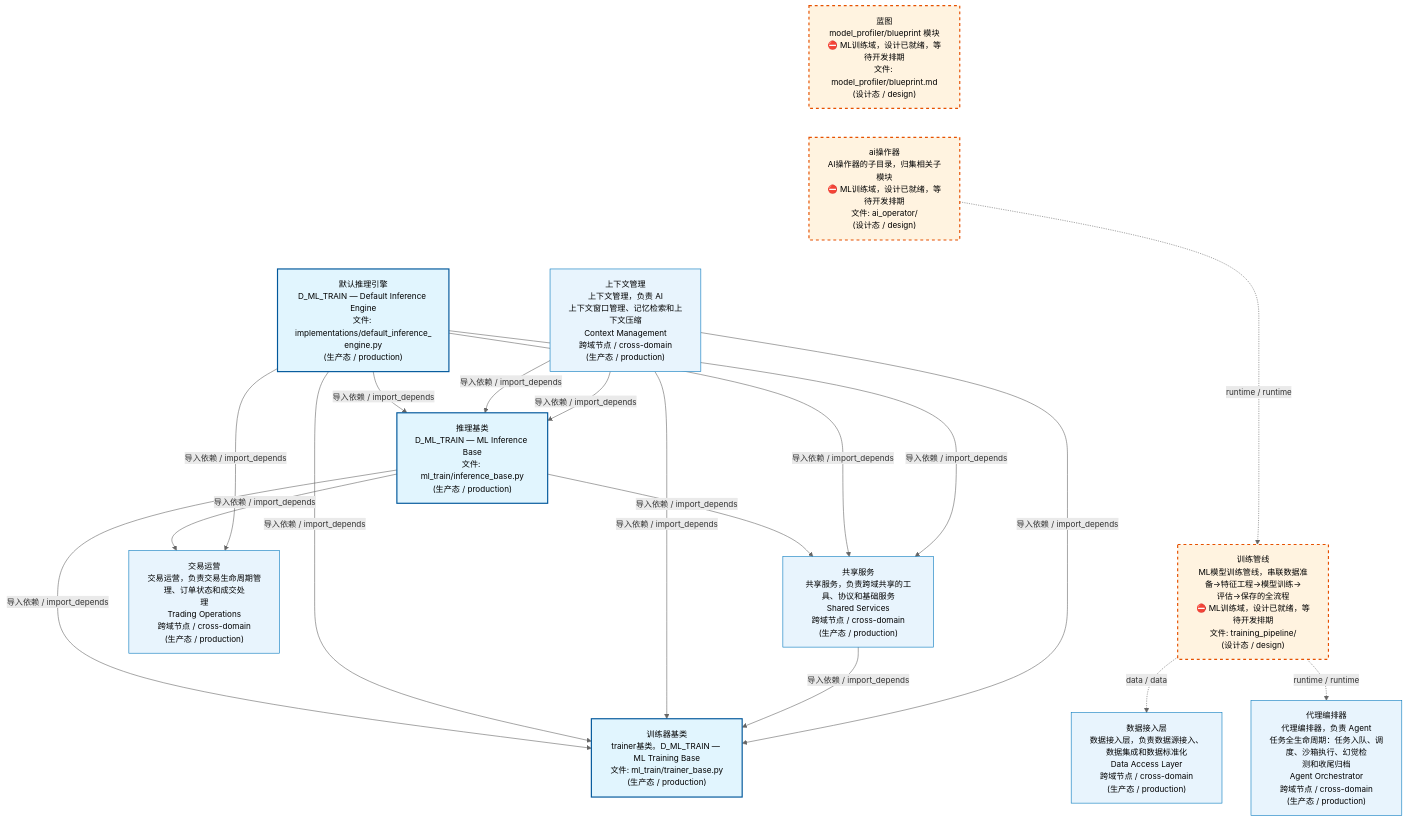
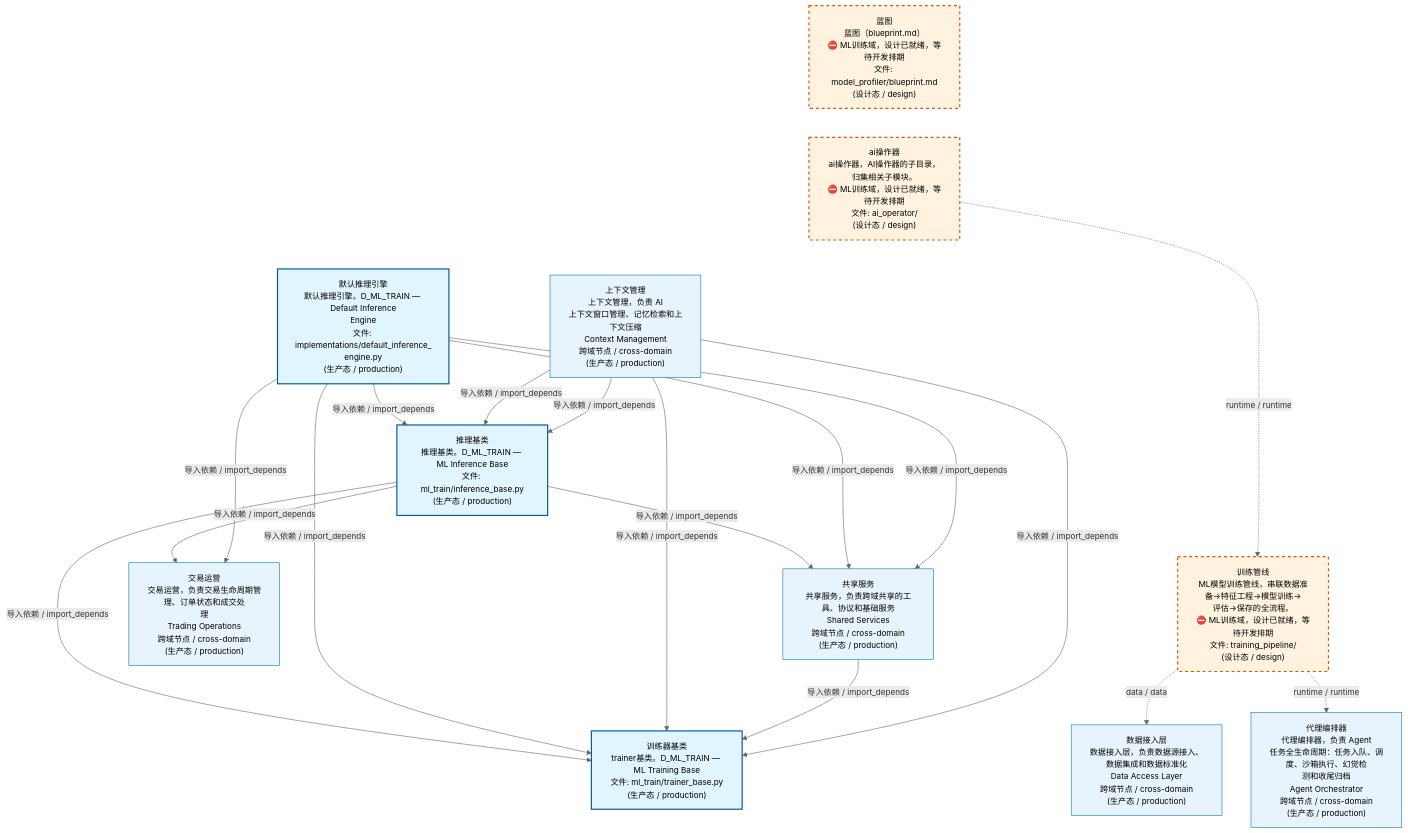
Before and after one commit to xuanFelixVan/ZephyrAlpha: the first of 4 diagrams in docs/02_enterprise_architecture/02_domain_architecture_docs/61_d_ml_train.md, drawn with Mermaid. The commit also changed other lines of this file and 61 other files, not shown here.

````diff
--- a/docs/02_enterprise_architecture/02_domain_architecture_docs/61_d_ml_train.md
+++ b/docs/02_enterprise_architecture/02_domain_architecture_docs/61_d_ml_train.md
@@ -53,41 +53,41 @@
 ```mermaid
 %%{init: {'theme': 'base', 'themeVariables': {'primaryColor': '#eaeaea', 'primaryTextColor': '#333333', 'primaryBorderColor': '#666666', 'lineColor': '#666666', 'secondaryColor': '#eaeaea', 'tertiaryColor': '#eaeaea', 'fontSize': '14px'}}}%%
 flowchart TD
-    docs_03_modules_cross_layer_model_profiler_blueprint_md["蓝图<br/>model_profiler/blueprint 模块<br/>⛔ ML训练域，设计已就绪，等待开发排期<br/>文件: model_profiler/blueprint.md<br/>(设计态 / design)"]
-    src_zephyr_ml_train_ai_operator["ai操作器<br/>AI操作器的子目录，归集相关子模块<br/>⛔ ML训练域，设计已就绪，等待开发排期<br/>文件: ai_operator/<br/>(设计态 / design)"]
-    src_zephyr_ml_train_implementations_default_inference_engine_py["默认推理引擎<br/>D_ML_TRAIN — Default Inference Engine<br/>文件: implementations/default_inference_<br/>engine.py<br/>(生产态 / production)"]
+    docs_03_modules_cross_layer_model_profiler_blueprint_md["蓝图<br/>蓝图（blueprint.md）<br/>⛔ ML训练域，设计已就绪，等待开发排期<br/>文件: model_profiler/blueprint.md<br/>(设计态 / design)"]
+    src_zephyr_ml_train_ai_operator["ai操作器<br/>ai操作器，AI操作器的子目录，归集相关子模块。<br/>⛔ ML训练域，设计已就绪，等待开发排期<br/>文件: ai_operator/<br/>(设计态 / design)"]
+    src_zephyr_ml_train_implementations_default_inference_engine_py["默认推理引擎<br/>默认推理引擎。D_ML_TRAIN — Default Inference<br/>Engine<br/>文件: implementations/default_inference_<br/>engine.py<br/>(生产态 / production)"]
     docs_03_modules_cross_layer_model_profiler_blueprint_md ~~~ src_zephyr_ml_train_ai_operator
     src_zephyr_ml_train_ai_operator ~~~ src_zephyr_ml_train_implementations_default_inference_engine_py
-    src_zephyr_ml_train_inference_base_py["推理基类<br/>D_ML_TRAIN — ML Inference Base<br/>文件: ml_train/inference_base.py<br/>(生产态 / production)"]
-    src_zephyr_ml_train_training_pipeline["训练管线<br/>ML模型训练管线，串联数据准备→特征工程→模型训练→<br/>评估→保存的全流程<br/>⛔ ML训练域，设计已就绪，等待开发排期<br/>文件: training_pipeline/<br/>(设计态 / design)"]
+    src_zephyr_ml_train_inference_base_py["推理基类<br/>推理基类。D_ML_TRAIN — ML Inference Base<br/>文件: ml_train/inference_base.py<br/>(生产态 / production)"]
+    src_zephyr_ml_train_training_pipeline["训练管线<br/>ML模型训练管线，串联数据准备→特征工程→模型训练→<br/>评估→保存的全流程。<br/>⛔ ML训练域，设计已就绪，等待开发排期<br/>文件: training_pipeline/<br/>(设计态 / design)"]
     src_zephyr_ml_train_inference_base_py ~~~ src_zephyr_ml_train_training_pipeline
     src_zephyr_ml_train_trainer_base_py["训练器基类<br/>trainer基类。D_ML_TRAIN — ML Training Base<br/>文件: ml_train/trainer_base.py<br/>(生产态 / production)"]
     src_zephyr_ml_train_ai_operator -.->|runtime / runtime| src_zephyr_ml_train_training_pipeline
     src_zephyr_ml_train_inference_base_py -->|导入依赖 / import_depends| src_zephyr_ml_train_trainer_base_py
     src_zephyr_ml_train_implementations_default_inference_engine_py -->|导入依赖 / import_depends| src_zephyr_ml_train_trainer_base_py
     src_zephyr_ml_train_implementations_default_inference_engine_py -->|导入依赖 / import_depends| src_zephyr_ml_train_inference_base_py
     D_DATA["数据接入层<br/>数据接入层，负责数据源接入、数据集成和数据标准化<br/>Data Access Layer<br/>跨域节点 / cross-domain<br/>(生产态 / production)"]
     src_zephyr_ml_train_training_pipeline -.->|data / data| D_DATA
     D_ORCHESTRATOR["代理编排器<br/>代理编排器，负责 Agent<br/>任务全生命周期：任务入队、调度、沙箱执行、幻觉检<br/>测和收尾归档<br/>Agent Orchestrator<br/>跨域节点 / cross-domain<br/>(生产态 / production)"]
     src_zephyr_ml_train_training_pipeline -.->|runtime / runtime| D_ORCHESTRATOR
     D_TRADING["交易运营<br/>交易运营，负责交易生命周期管理、订单状态和成交处<br/>理<br/>Trading Operations<br/>跨域节点 / cross-domain<br/>(生产态 / production)"]
     src_zephyr_ml_train_inference_base_py -->|导入依赖 / import_depends| D_TRADING
     D_SHARED["共享服务<br/>共享服务，负责跨域共享的工具、协议和基础服务<br/>Shared Services<br/>跨域节点 / cross-domain<br/>(生产态 / production)"]
     src_zephyr_ml_train_inference_base_py -->|导入依赖 / import_depends| D_SHARED
     src_zephyr_ml_train_implementations_default_inference_engine_py -->|导入依赖 / import_depends| D_TRADING
     src_zephyr_ml_train_implementations_default_inference_engine_py -->|导入依赖 / import_depends| D_SHARED
     src_zephyr_ml_train_implementations_default_inference_engine_py -->|导入依赖 / import_depends| D_SHARED
     D_INTELLIGENCE["上下文管理<br/>上下文管理，负责 AI<br/>上下文窗口管理、记忆检索和上下文压缩<br/>Context Management<br/>跨域节点 / cross-domain<br/>(生产态 / production)"]
     D_INTELLIGENCE -->|导入依赖 / import_depends| src_zephyr_ml_train_inference_base_py
     D_INTELLIGENCE -->|导入依赖 / import_depends| src_zephyr_ml_train_trainer_base_py
     D_SHARED -->|导入依赖 / import_depends| src_zephyr_ml_train_trainer_base_py
     D_INTELLIGENCE -->|导入依赖 / import_depends| src_zephyr_ml_train_inference_base_py
     D_INTELLIGENCE -->|导入依赖 / import_depends| src_zephyr_ml_train_trainer_base_py
     classDef production fill:#e1f5fe,stroke:#01579b,stroke-width:2px,color:#000
     classDef design fill:#fff3e0,stroke:#e65100,stroke-width:2px,color:#000,stroke-dasharray: 5 5
     classDef external_prod fill:#e8f4fd,stroke:#0277bd,stroke-width:1px,color:#000
     classDef external_design fill:#fff8e7,stroke:#ef6c00,stroke-width:1px,color:#000,stroke-dasharray: 5 5
     class src_zephyr_ml_train_implementations_default_inference_engine_py,src_zephyr_ml_train_inference_base_py,src_zephyr_ml_train_trainer_base_py production
     class docs_03_modules_cross_layer_model_profiler_blueprint_md,src_zephyr_ml_train_ai_operator,src_zephyr_ml_train_training_pipeline design
     class D_DATA,D_ORCHESTRATOR,D_TRADING,D_SHARED,D_INTELLIGENCE external_prod
 ```
````
